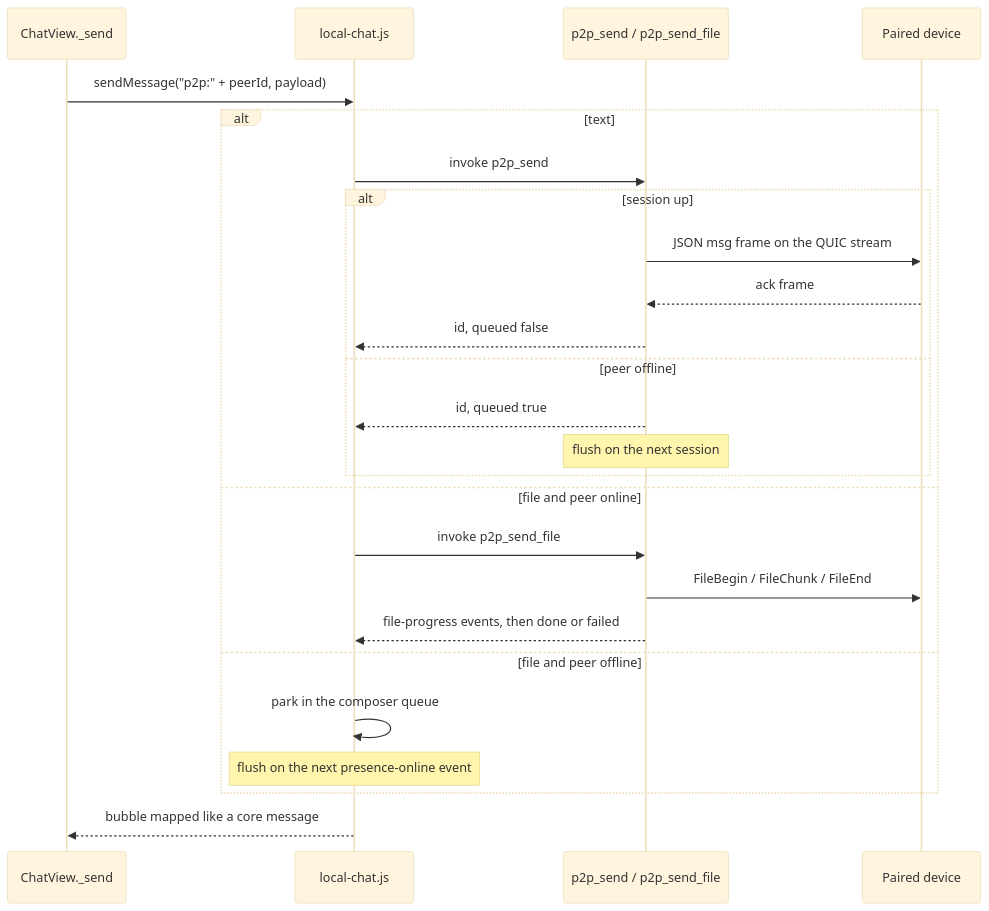
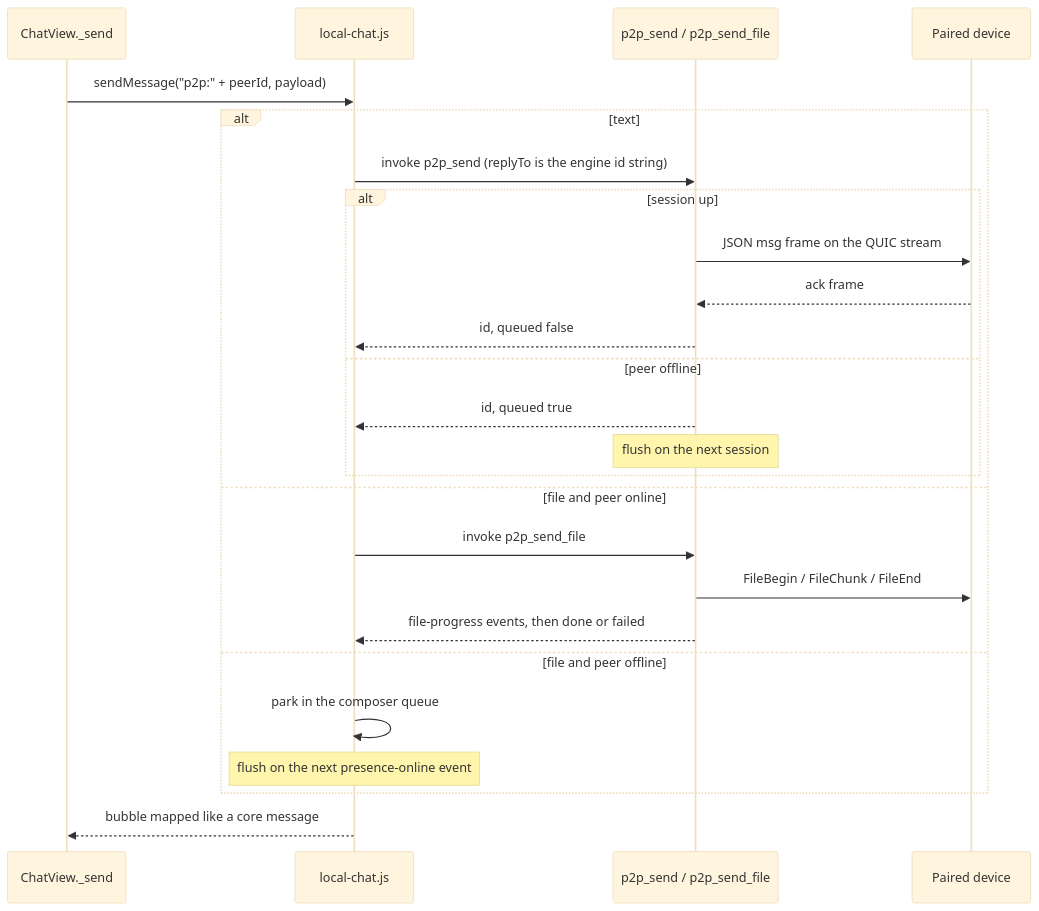
The third of 3 diagrams in docs/as-built-architecture.md (pbuzdin/velta), drawn with Mermaid (base theme) before and after one commit. The commit also changed other lines of this file and 3 other files, not shown here.

````diff
--- a/docs/as-built-architecture.md
+++ b/docs/as-built-architecture.md
@@ -227,28 +227,28 @@
 ```mermaid
 sequenceDiagram
   participant CV as ChatView._send
   participant Proxy as local-chat.js
   participant Eng as p2p_send / p2p_send_file
   participant Peer as Paired device
 
   CV->>Proxy: sendMessage("p2p:" + peerId, payload)
   alt text
-    Proxy->>Eng: invoke p2p_send
+    Proxy->>Eng: invoke p2p_send (replyTo is the engine id string)
     alt session up
       Eng->>Peer: JSON msg frame on the QUIC stream
       Peer-->>Eng: ack frame
       Eng-->>Proxy: id, queued false
     else peer offline
       Eng-->>Proxy: id, queued true
       Note over Eng: flush on the next session
     end
   else file and peer online
     Proxy->>Eng: invoke p2p_send_file
     Eng->>Peer: FileBegin / FileChunk / FileEnd
     Eng-->>Proxy: file-progress events, then done or failed
   else file and peer offline
     Proxy->>Proxy: park in the composer queue
     Note over Proxy: flush on the next presence-online event
   end
   Proxy-->>CV: bubble mapped like a core message
 ```
````
